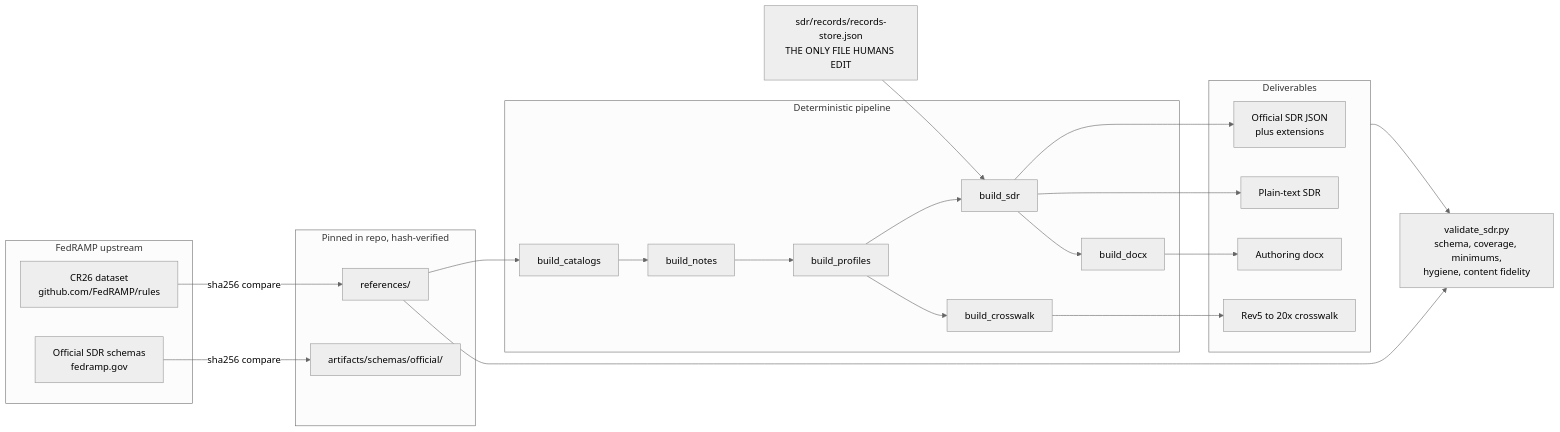
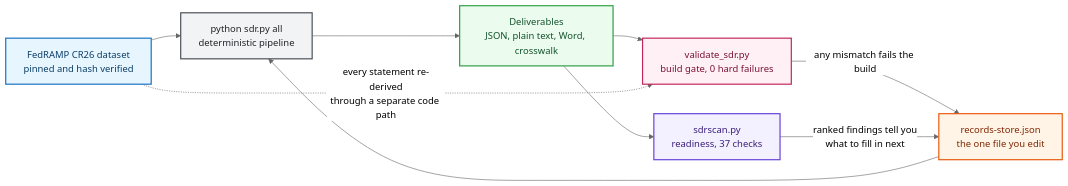
Before and after one commit to satishuv/FEDRAMP-20x-SDR-Documentation: the diagram in README.md, drawn with Mermaid (neutral theme). The commit also changed other lines of this file and 39 other files, not shown here.

````diff
--- a/README.md
+++ b/README.md
@@ -28,33 +37,31 @@
 ```mermaid
 flowchart LR
-    subgraph upstream["FedRAMP upstream"]
-        DS["CR26 dataset<br/>github.com/FedRAMP/rules"]
-        SCH["Official SDR schemas<br/>fedramp.gov"]
-    end
-    subgraph pinned["Pinned in repo, hash-verified"]
-        REF["references/"]
-        ART["artifacts/schemas/official/"]
-    end
-    RS["sdr/records/records-store.json<br/>THE ONLY FILE HUMANS EDIT"]
-    subgraph pipeline["Deterministic pipeline"]
-        B1["build_catalogs"] --> B2["build_notes"] --> B3["build_profiles"] --> B4["build_sdr"] --> B5["build_docx"]
-        B3 --> B6["build_crosswalk"]
-    end
-    subgraph out["Deliverables"]
-        J["Official SDR JSON<br/>plus extensions"]
-        T["Plain-text SDR"]
-        D["Authoring docx"]
-        X["Rev5 to 20x crosswalk"]
-    end
-    V["validate_sdr.py<br/>schema, coverage, minimums,<br/>hygiene, content fidelity"]
-    DS -- "sha256 compare" --> REF
-    SCH -- "sha256 compare" --> ART
-    REF --> B1
-    RS --> B4
-    B4 --> J
-    B4 --> T
-    B5 --> D
-    B6 --> X
-    out --> V
-    REF --> V
+    DS["FedRAMP CR26 dataset<br/>pinned and hash verified"]
+    RS["records-store.json<br/>the one file you edit"]
+    PIPE["python sdr.py all<br/>deterministic pipeline"]
+    OUT["Deliverables<br/>JSON, plain text, Word, crosswalk"]
+    GATE["validate_sdr.py<br/>build gate, 0 hard failures"]
+    SCAN["sdrscan.py<br/>readiness, 37 checks"]
+
+    DS --> PIPE
+    RS --> PIPE
+    PIPE --> OUT
+    OUT --> GATE
+    OUT --> SCAN
+    DS -. "every statement re-derived<br/>through a separate code path" .-> GATE
+    GATE -- "any mismatch fails the build" --> RS
+    SCAN -- "ranked findings tell you<br/>what to fill in next" --> RS
+
+    classDef src fill:#e7f5ff,stroke:#1971c2,stroke-width:2px,color:#0b3d66
+    classDef you fill:#fff4e6,stroke:#e8590c,stroke-width:2px,color:#7f2704
+    classDef step fill:#f1f3f5,stroke:#495057,stroke-width:2px,color:#212529
+    classDef out fill:#ebfbee,stroke:#2f9e44,stroke-width:2px,color:#14532d
+    classDef gate fill:#fff0f6,stroke:#c2255c,stroke-width:2px,color:#7a1236
+    classDef scan fill:#f3f0ff,stroke:#6741d9,stroke-width:2px,color:#3b1e7a
+    class DS src
+    class RS you
+    class PIPE step
+    class OUT out
+    class GATE gate
+    class SCAN scan
 ```
````
